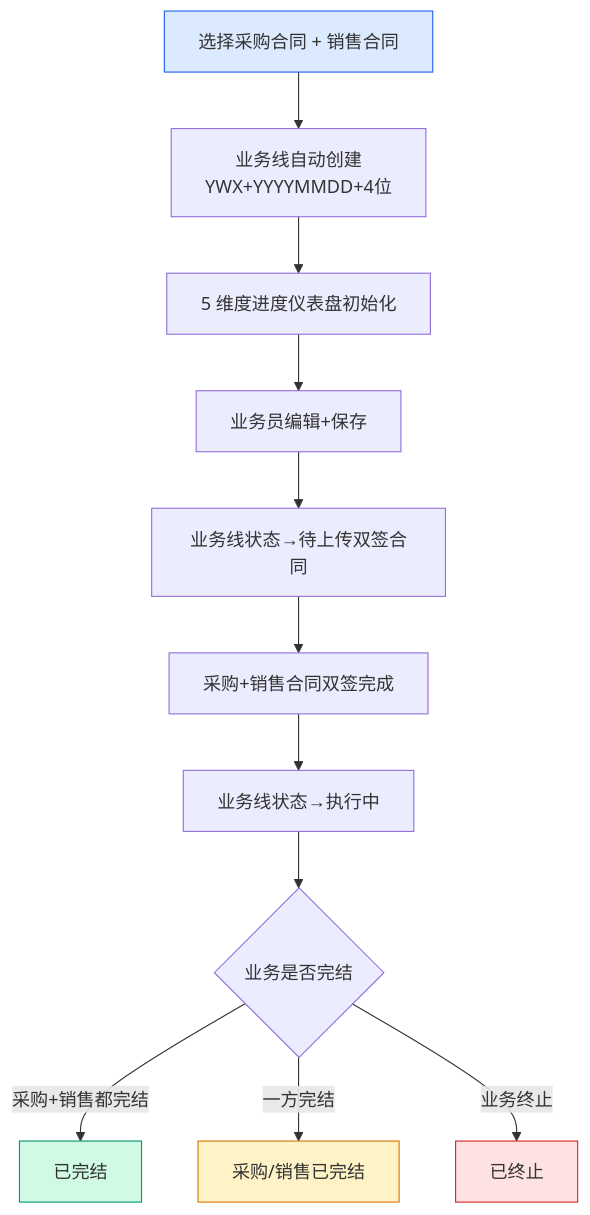
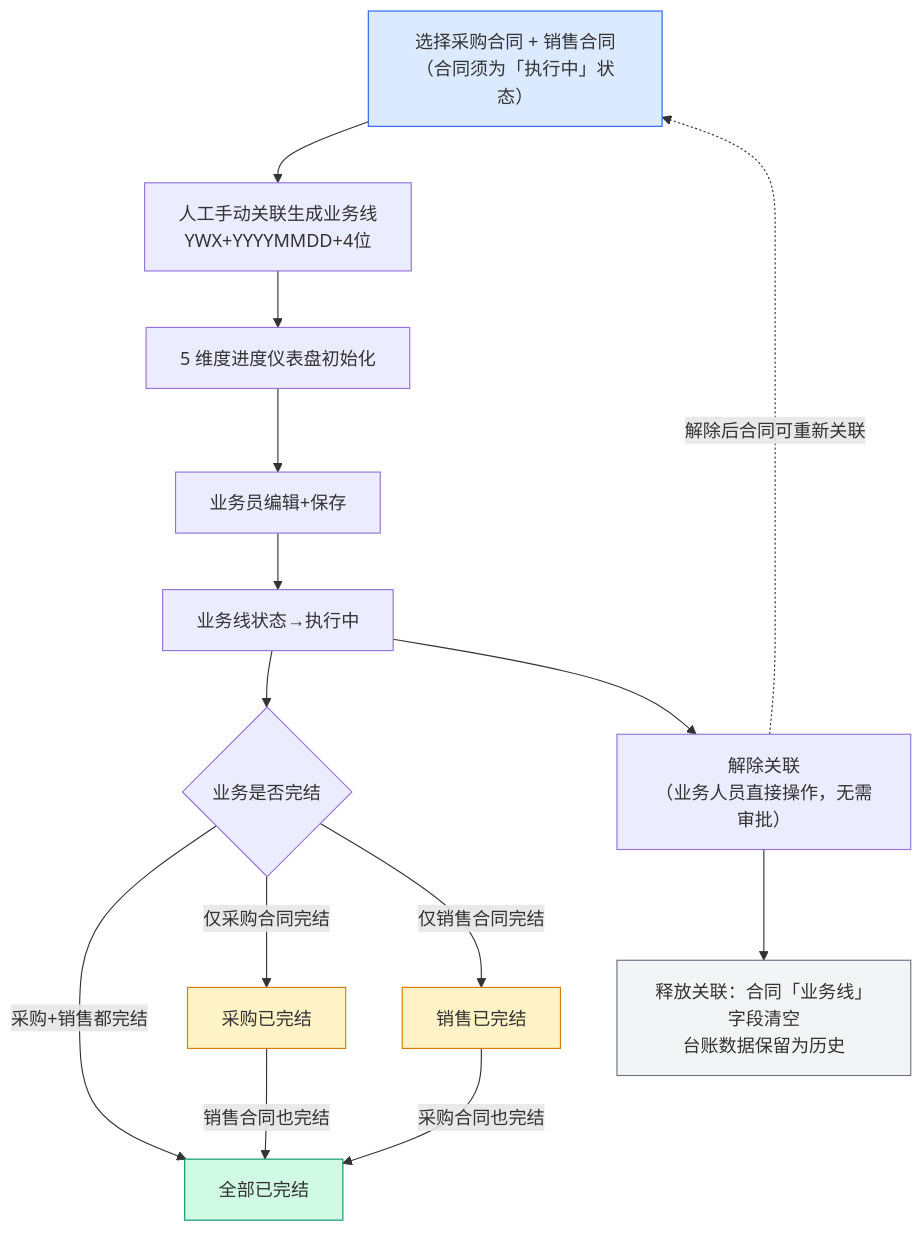
Before and after one commit to Ummyue/gyt-admin: the first of 7 diagrams in docs-v2/02.06-业务线管理.md, drawn with Mermaid. The commit also changed other lines of this file and 40 other files, not shown here.

````diff
--- a/docs-v2/02.06-业务线管理.md
+++ b/docs-v2/02.06-业务线管理.md
@@ -143,22 +171,25 @@
 ```mermaid
 flowchart TB
-    A["选择采购合同 + 销售合同"] --> B["业务线自动创建<br/>YWX+YYYYMMDD+4位"]
+    A["选择采购合同 + 销售合同<br/>（合同须为「执行中」状态）"] --> B["人工手动关联生成业务线<br/>YWX+YYYYMMDD+4位"]
     B --> C["5 维度进度仪表盘初始化"]
     C --> D["业务员编辑+保存"]
-    D --> E["业务线状态→待上传双签合同"]
-    E --> F["采购+销售合同双签完成"]
-    F --> G["业务线状态→执行中"]
-    G --> H{"业务是否完结"}
-    H -->|"采购+销售都完结"| I["已完结"]
-    H -->|"一方完结"| J["采购/销售已完结"]
-    H -->|"业务终止"| K["已终止"]
+    D --> E["业务线状态→执行中"]
+    E --> F{"业务是否完结"}
+    F -->|"采购+销售都完结"| G["全部已完结"]
+    F -->|"仅采购合同完结"| H["采购已完结"]
+    F -->|"仅销售合同完结"| I["销售已完结"]
+    H -->|"销售合同也完结"| G
+    I -->|"采购合同也完结"| G
+    E --> J["解除关联<br/>（业务人员直接操作，无需审批）"]
+    J --> K["释放关联：合同「业务线」字段清空<br/>台账数据保留为历史"]
+    J -.->|"解除后合同可重新关联"| A
 
     classDef start fill:#dbeafe,stroke:#2563eb
     classDef done fill:#d1fae5,stroke:#059669
-    classDef danger fill:#fee2e2,stroke:#dc2626
     classDef todo fill:#fef3c7,stroke:#d97706
+    classDef end_x fill:#f3f4f6,stroke:#6b7280
     class A start
-    class I,K done
-    class K danger
-    class J todo
+    class G done
+    class H,I todo
+    class K end_x
 ```
````
